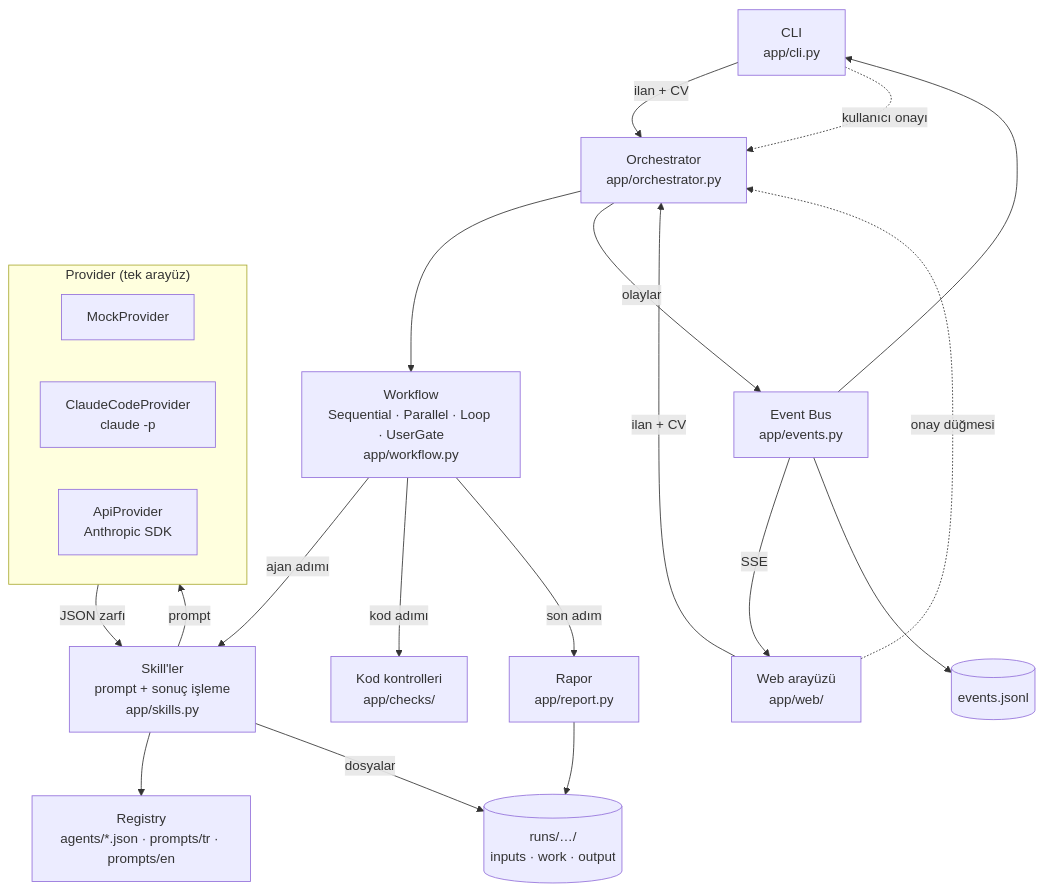
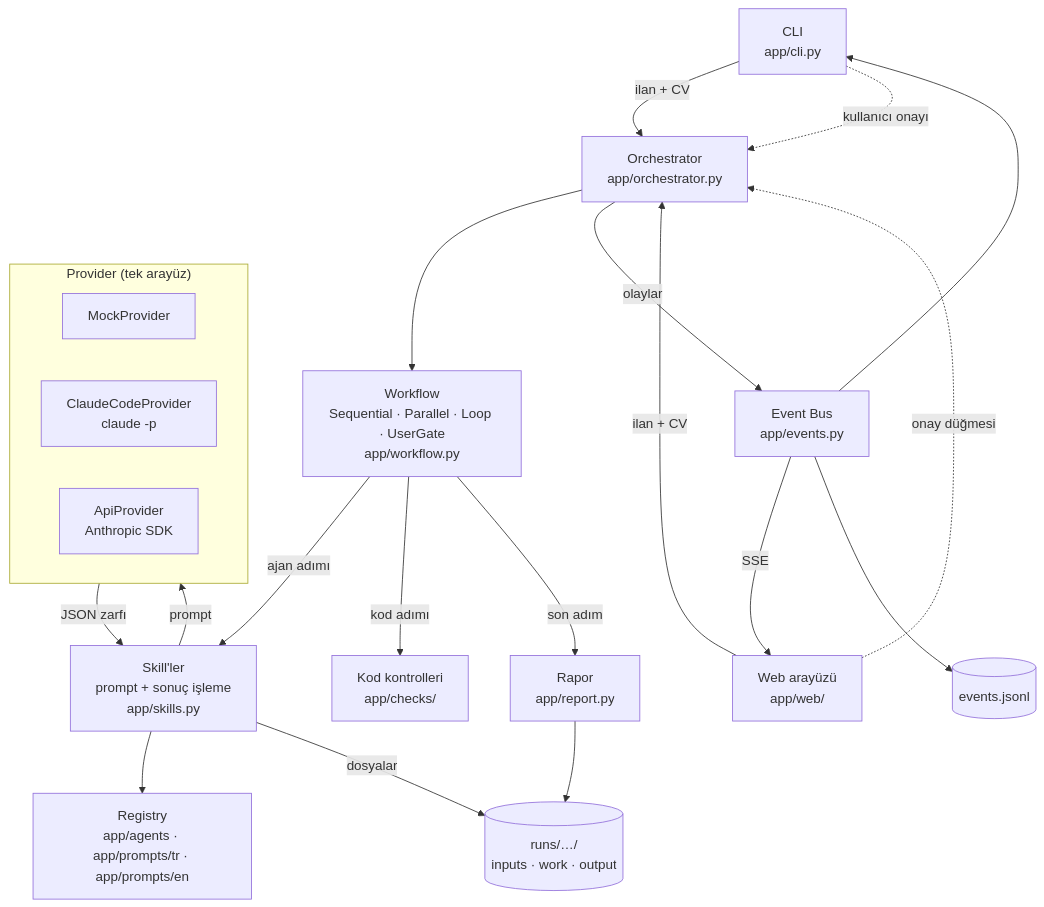
Before and after one commit to burakaydins/career-crew: the diagram in README.md, drawn with Mermaid. The commit also changed other lines of this file and 25 other files, not shown here.

````diff
--- a/README.md
+++ b/README.md
@@ -246,38 +246,38 @@
 ```mermaid
 flowchart TB
     CLI["CLI<br/>app/cli.py"]
     WEB["Web arayüzü<br/>app/web/"]
     BUS["Event Bus<br/>app/events.py"]
     LOG[("events.jsonl")]
     ORCH["Orchestrator<br/>app/orchestrator.py"]
     WF["Workflow<br/>Sequential · Parallel · Loop · UserGate<br/>app/workflow.py"]
     SKILLS["Skill'ler<br/>prompt + sonuç işleme<br/>app/skills.py"]
-    REG["Registry<br/>agents/*.json · prompts/tr · prompts/en"]
+    REG["Registry<br/>app/agents · app/prompts/tr · app/prompts/en"]
     CHECKS["Kod kontrolleri<br/>app/checks/"]
     REPORT["Rapor<br/>app/report.py"]
     RUN[("runs/…/<br/>inputs · work · output")]
 
     subgraph PROV["Provider (tek arayüz)"]
         MOCK["MockProvider"]
         CC["ClaudeCodeProvider<br/>claude -p"]
         API["ApiProvider<br/>Anthropic SDK"]
     end
 
     CLI -->|ilan + CV| ORCH
     CLI -. kullanıcı onayı .-> ORCH
     WEB -->|ilan + CV| ORCH
     WEB -. onay düğmesi .-> ORCH
     ORCH --> WF
     WF -->|ajan adımı| SKILLS
     SKILLS --> REG
     SKILLS -->|prompt| PROV
     PROV -->|JSON zarfı| SKILLS
     WF -->|kod adımı| CHECKS
     WF -->|son adım| REPORT
     SKILLS -->|dosyalar| RUN
     REPORT --> RUN
     ORCH -->|olaylar| BUS
     BUS --> CLI
     BUS -->|SSE| WEB
     BUS --> LOG
 ```
````
